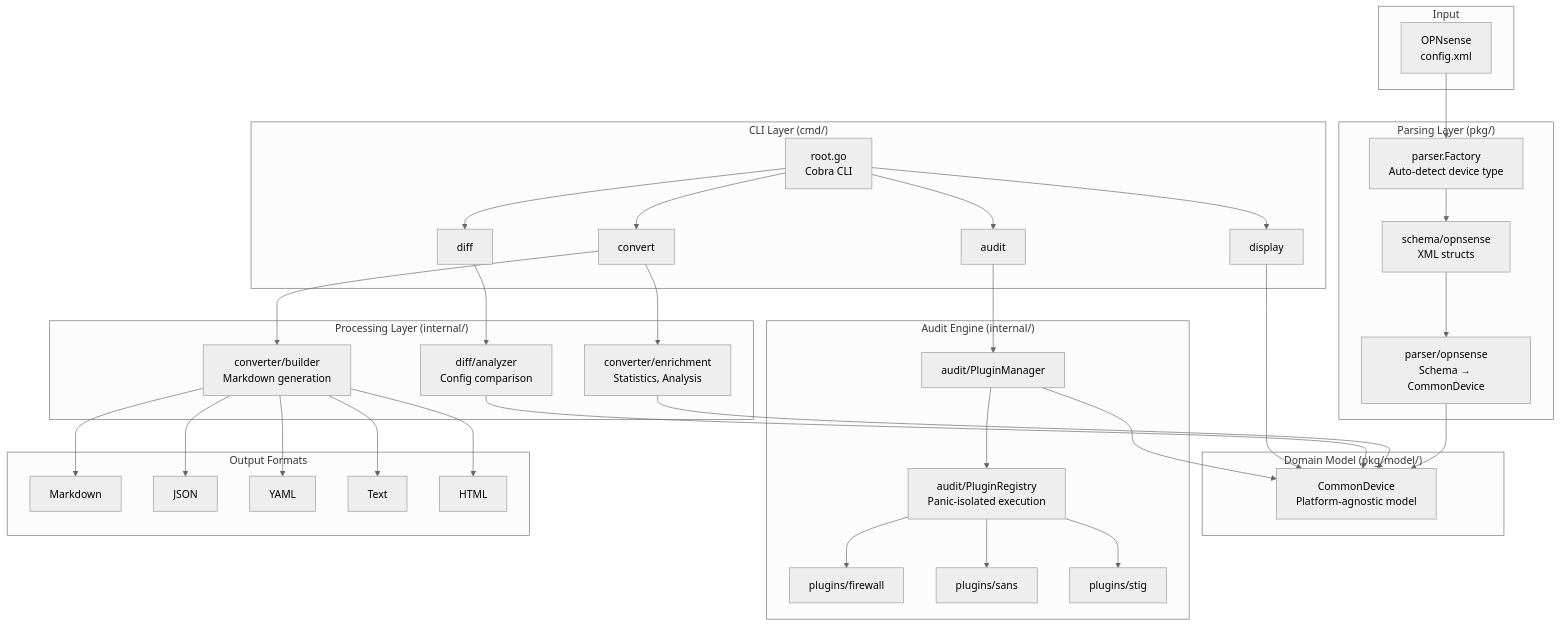
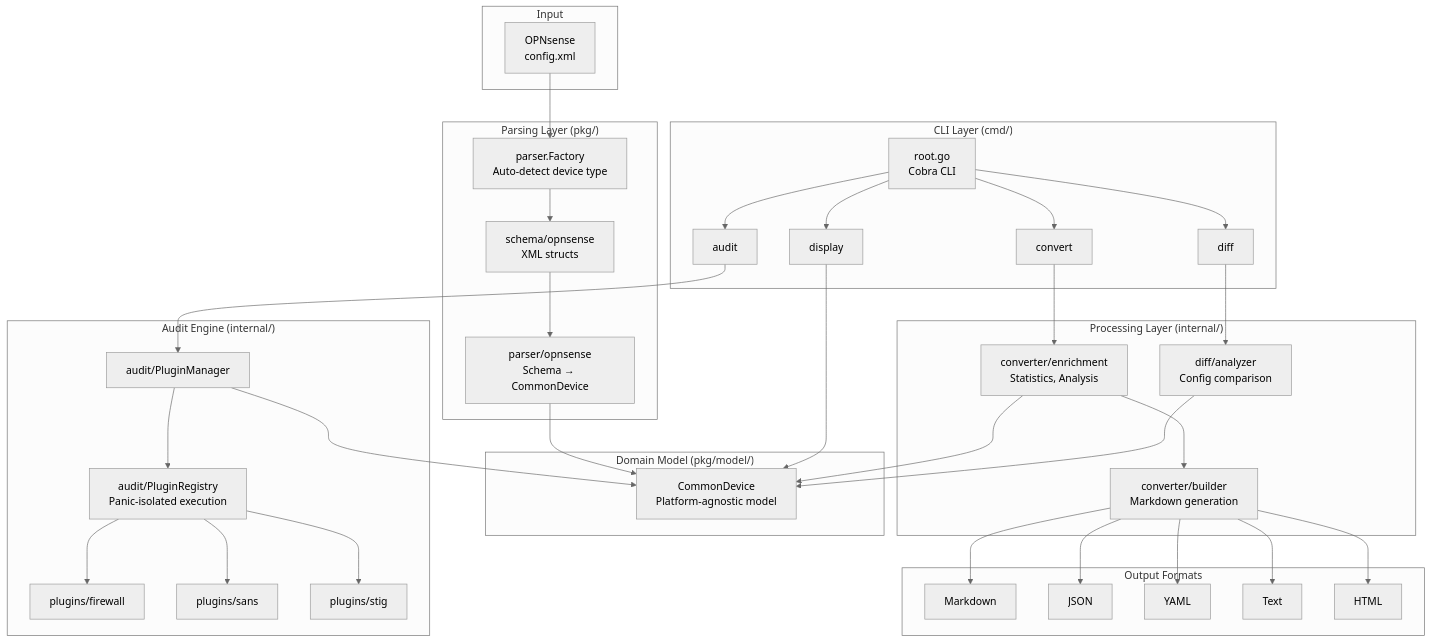
The diagram in docs/architecture-diagram.mmd (unclesp1d3r/opnFocus), drawn with Mermaid (neutral theme) before and after one commit. The commit also changed 12 other files, not shown here.

```diff
--- a/docs/architecture-diagram.mmd
+++ b/docs/architecture-diagram.mmd
@@ -1,75 +1,75 @@
 graph TD
     subgraph CLI["CLI Layer (cmd/)"]
         ROOT[root.go<br/>Cobra CLI]
         CONVERT[convert]
         AUDIT[audit]
         DIFF[diff]
         DISPLAY[display]
     end
 
     subgraph Input["Input"]
         XML[OPNsense<br/>config.xml]
     end
 
     subgraph Parsing["Parsing Layer (pkg/)"]
         FACTORY[parser.Factory<br/>Auto-detect device type]
         SCHEMA[schema/opnsense<br/>XML structs]
         CONVERTER[parser/opnsense<br/>Schema → CommonDevice]
     end
 
     subgraph Model["Domain Model (pkg/model/)"]
         CD[CommonDevice<br/>Platform-agnostic model]
     end
 
     subgraph Processing["Processing Layer (internal/)"]
         ENRICH[converter/enrichment<br/>Statistics, Analysis]
         DIFFENG[diff/analyzer<br/>Config comparison]
         BUILDER[converter/builder<br/>Markdown generation]
     end
 
     subgraph Audit["Audit Engine (internal/)"]
         PM[audit/PluginManager]
         REG[audit/PluginRegistry<br/>Panic-isolated execution]
         FW[plugins/firewall]
         SANS[plugins/sans]
         STIG[plugins/stig]
     end
 
     subgraph Output["Output Formats"]
         MD[Markdown]
         JSON_OUT[JSON]
         YAML_OUT[YAML]
         TXT[Text]
         HTML_OUT[HTML]
     end
 
     XML --> FACTORY
     FACTORY --> SCHEMA
     SCHEMA --> CONVERTER
     CONVERTER --> CD
 
     ROOT --> CONVERT
     ROOT --> AUDIT
     ROOT --> DIFF
     ROOT --> DISPLAY
 
     CONVERT --> ENRICH
     ENRICH --> CD
-    CONVERT --> BUILDER
+    ENRICH --> BUILDER
     BUILDER --> MD
     BUILDER --> JSON_OUT
     BUILDER --> YAML_OUT
     BUILDER --> TXT
     BUILDER --> HTML_OUT
 
     AUDIT --> PM
     PM --> REG
     REG --> FW
     REG --> SANS
     REG --> STIG
     PM --> CD
 
     DIFF --> DIFFENG
     DIFFENG --> CD
 
     DISPLAY --> CD
```
